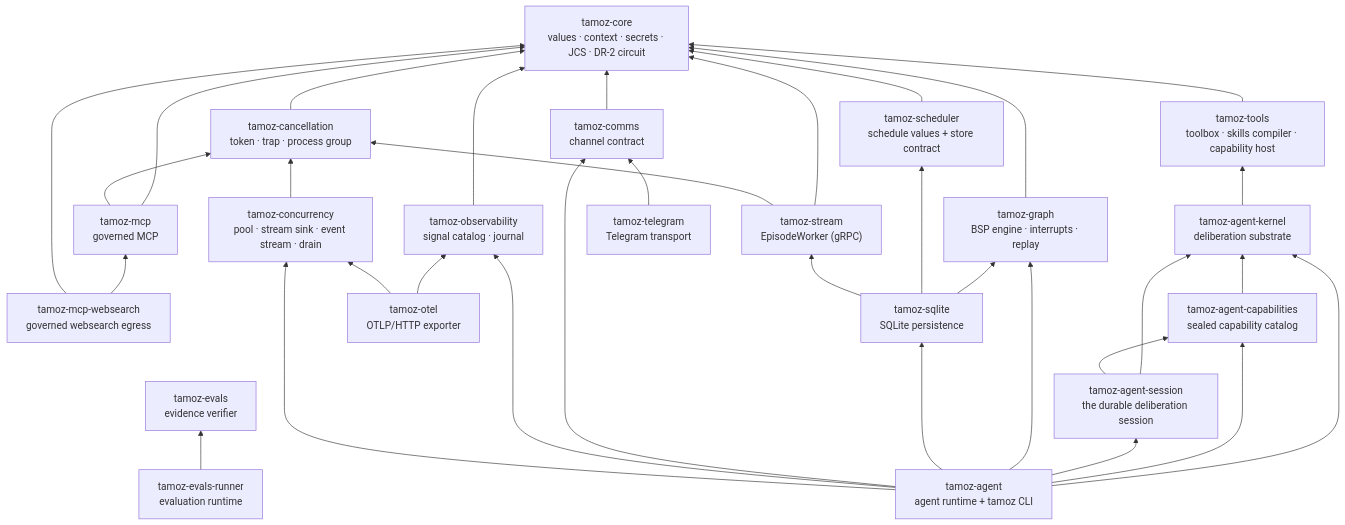
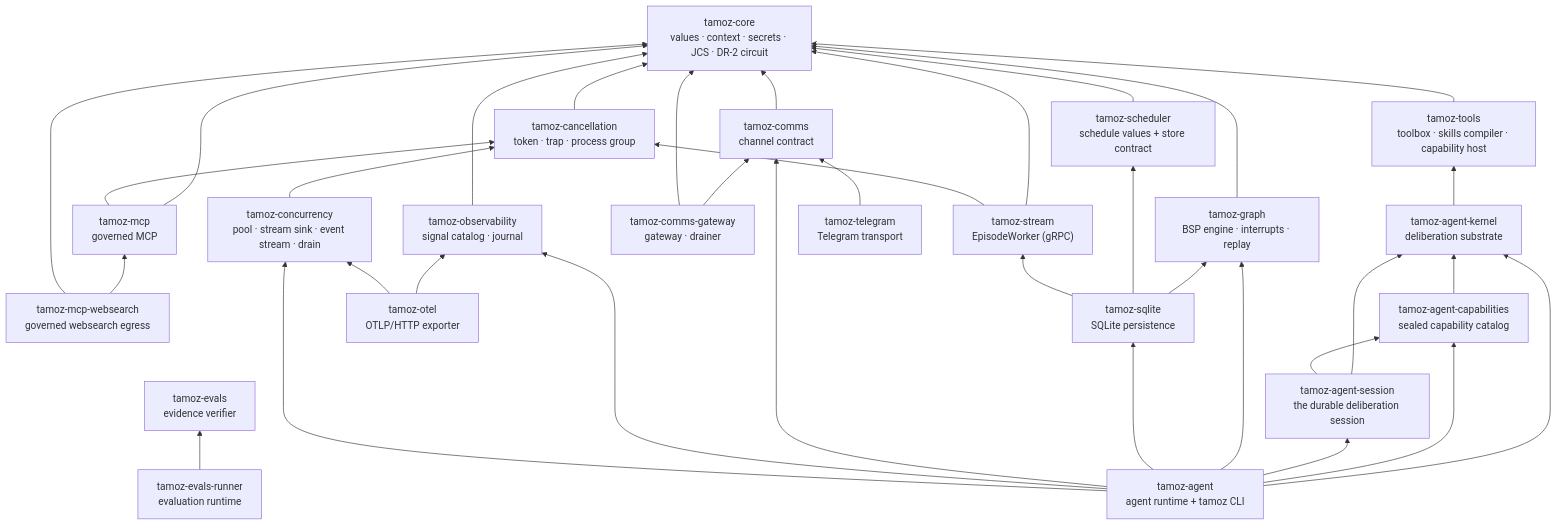
Before and after one commit to ghassan-ai-projects/tamoz: the diagram in documentation/architecture/gems.md, drawn with Mermaid. The commit also changed other lines of this file and 58 other files, not shown here.

````diff
--- a/documentation/architecture/gems.md
+++ b/documentation/architecture/gems.md
@@ -10,64 +10,67 @@
 ```mermaid
 flowchart BT
     CORE["tamoz-core<br/>values · context · secrets · JCS · DR-2 circuit"]
 
     CAN["tamoz-cancellation<br/>token · trap · process group"]
     CON["tamoz-concurrency<br/>pool · stream sink · event stream · drain"]
     G["tamoz-graph<br/>BSP engine · interrupts · replay"]
     SCH["tamoz-scheduler<br/>schedule values + store contract"]
     STR["tamoz-stream<br/>EpisodeWorker (gRPC)"]
     T["tamoz-tools<br/>toolbox · skills compiler · capability host"]
     M["tamoz-mcp<br/>governed MCP"]
     MW["tamoz-mcp-websearch<br/>governed websearch egress"]
     C["tamoz-comms<br/>channel contract"]
+    CG["tamoz-comms-gateway<br/>gateway · drainer"]
     O["tamoz-observability<br/>signal catalog · journal"]
 
     SQL["tamoz-sqlite<br/>SQLite persistence"]
     OTEL["tamoz-otel<br/>OTLP/HTTP exporter"]
     TG["tamoz-telegram<br/>Telegram transport"]
 
     AK["tamoz-agent-kernel<br/>deliberation substrate"]
     ACAP["tamoz-agent-capabilities<br/>sealed capability catalog"]
     ASESS["tamoz-agent-session<br/>the durable deliberation session"]
     AGENT["tamoz-agent<br/>agent runtime + tamoz CLI"]
 
     EVALS["tamoz-evals<br/>evidence verifier"]
     RUNNER["tamoz-evals-runner<br/>evaluation runtime"]
 
     G --> CORE
     SCH --> CORE
     STR --> CORE
     STR --> CAN
     T --> CORE
     M --> CORE
     M --> CAN
     MW --> M
     MW --> CORE
     C --> CORE
+    CG --> C
+    CG --> CORE
     O --> CORE
 
     CAN --> CORE
     CON --> CAN
 
     SQL --> G
     SQL --> SCH
     SQL --> STR
     OTEL --> O
     OTEL --> CON
     TG --> C
 
     AK --> T
     ACAP --> AK
     ASESS --> AK
     ASESS --> ACAP
     AGENT --> AK
     AGENT --> ACAP
     AGENT --> ASESS
     AGENT --> G
     AGENT --> SQL
     AGENT --> C
     AGENT --> O
     AGENT --> CON
 
     RUNNER --> EVALS
 ```
````
